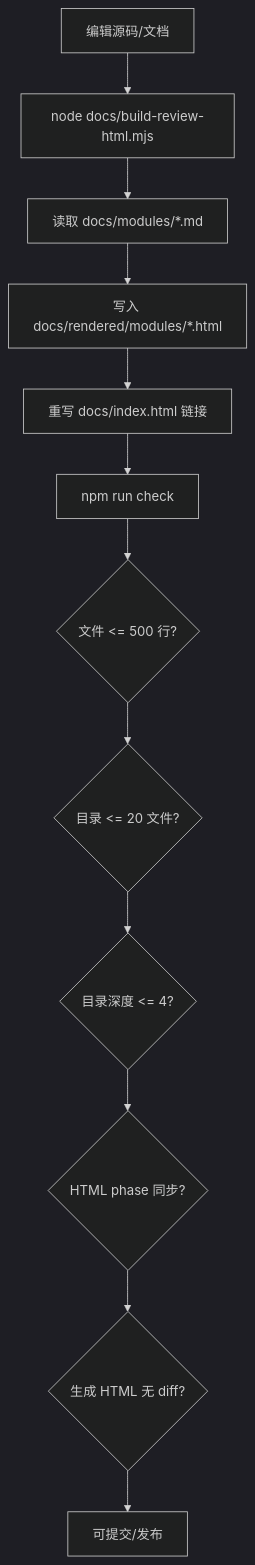
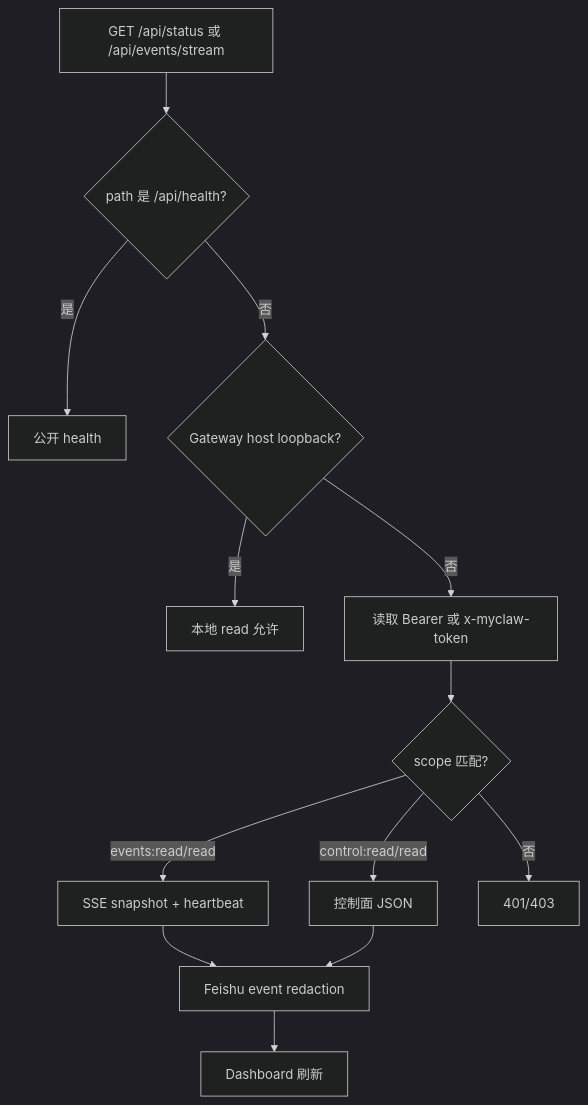
One commit to mayf3/myclaw changed the fifth of 10 diagrams in docs/implementation-architecture.md. Above: the diagram before and after it, drawn with Mermaid (dark theme). The commit also changed other lines of this file and 28 other files, not shown here.

Commit message:
feat: add gateway event stream scoped tokens

````diff
--- a/docs/implementation-architecture.md
+++ b/docs/implementation-architecture.md
@@ -158,14 +155,15 @@
 ```mermaid
 flowchart TD
-  Start[编辑源码/文档] --> Build[node docs/build-review-html.mjs]
-  Build --> ReadMd[读取 docs/modules/*.md]
-  ReadMd --> WriteHtml[写入 docs/rendered/modules/*.html]
-  WriteHtml --> Rewrite[重写 docs/index.html 链接]
-  Rewrite --> Check[npm run check]
-  Check --> Lines{文件 <= 500 行?}
-  Lines --> Files{目录 <= 20 文件?}
-  Files --> Depth{目录深度 <= 4?}
-  Depth --> Phase{HTML phase 同步?}
-  Phase --> Fresh{生成 HTML 无 diff?}
-  Fresh --> Pass[可提交/发布]
+  Start[GET /api/status 或 /api/events/stream] --> Health{path 是 /api/health?}
+  Health -->|是| Public[公开 health]
+  Health -->|否| Host{Gateway host loopback?}
+  Host -->|是| LocalRead[本地 read 允许]
+  Host -->|否| Token[读取 Bearer 或 x-myclaw-token]
+  Token --> Scope{scope 匹配?}
+  Scope -->|control:read/read| Control[控制面 JSON]
+  Scope -->|events:read/read| Stream[SSE snapshot + heartbeat]
+  Scope -->|否| Deny[401/403]
+  Stream --> Redact[Feishu event redaction]
+  Control --> Redact
+  Redact --> Dashboard[Dashboard 刷新]
 ```
````
